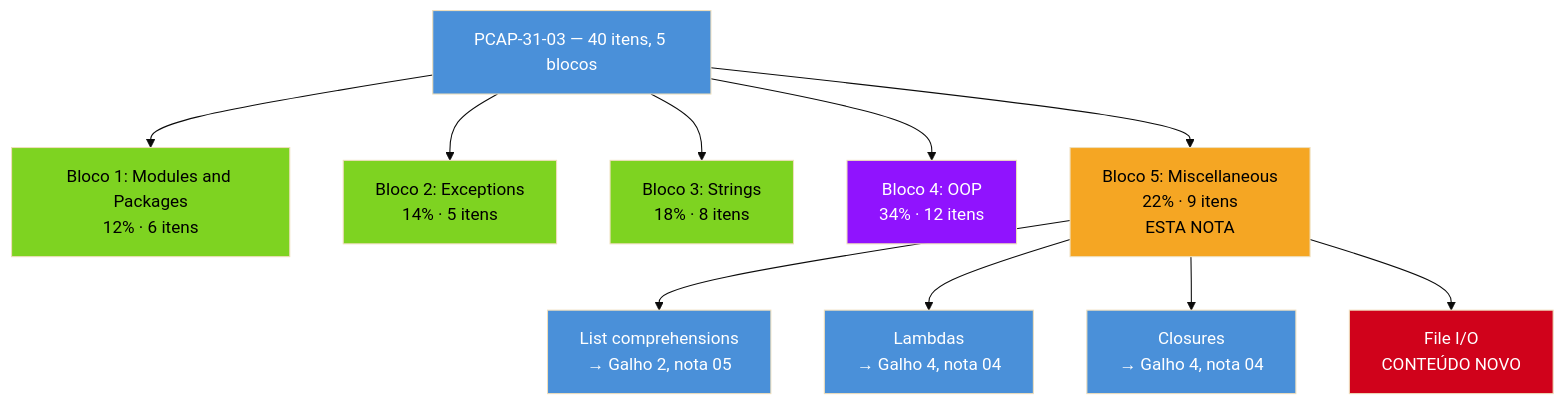
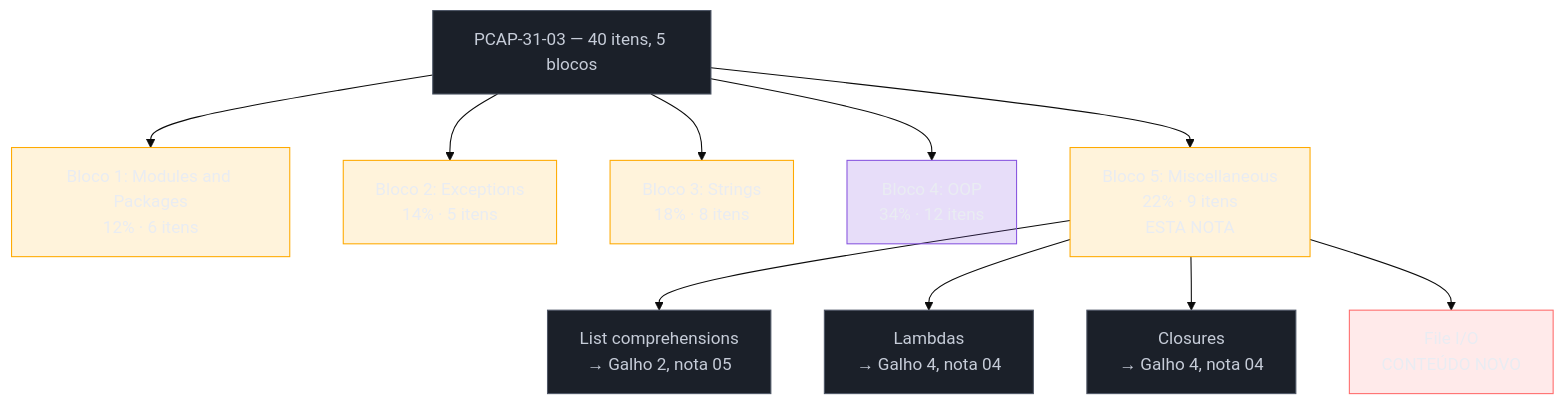
The first of 3 diagrams in 03-Dominios/Tecnologia/Python/Certificação (PCEP-PCAP)/05 - PCAP — miscellaneous, comprehensions, lambdas, closures e arquivos.md (josenaldo/codex-technomanticus), drawn with Mermaid (base theme) before and after one commit. The commit also changed other lines of this file and 1181 other files, not shown here.

First line of the commit message:
fix(diagramas): paleta do sistema no lugar de cor cravada no markdown

````diff
--- a/03-Dominios/Tecnologia/Python/Certificação (PCEP-PCAP)/05 - PCAP — miscellaneous, comprehensions, lambdas, closures e arquivos.md
+++ b/03-Dominios/Tecnologia/Python/Certificação (PCEP-PCAP)/05 - PCAP — miscellaneous, comprehensions, lambdas, closures e arquivos.md
@@ -28,24 +28,28 @@
 ```mermaid
 flowchart TB
+    classDef neutro fill:#1B2029,stroke:#4E5666,color:#C6CCD8
+    classDef destaque fill:#FFAA0024,stroke:#FFAA00,color:#E9ECF2
+    classDef marca fill:#8855DF33,stroke:#8855DF,color:#E9ECF2
+    classDef falha fill:#FF6B6B24,stroke:#FF6B6B,color:#E9ECF2
     PCAP["PCAP-31-03 — 40 itens, 5 blocos"] --> B1["Bloco 1: Modules and Packages<br/>12% · 6 itens"]
     PCAP --> B2["Bloco 2: Exceptions<br/>14% · 5 itens"]
     PCAP --> B3["Bloco 3: Strings<br/>18% · 8 itens"]
     PCAP --> B4["Bloco 4: OOP<br/>34% · 12 itens"]
     PCAP --> B5["Bloco 5: Miscellaneous<br/>22% · 9 itens<br/>ESTA NOTA"]
 
     B5 --> S1["List comprehensions<br/>→ Galho 2, nota 05"]
     B5 --> S2["Lambdas<br/>→ Galho 4, nota 04"]
     B5 --> S3["Closures<br/>→ Galho 4, nota 04"]
     B5 --> S4["File I/O<br/>CONTEÚDO NOVO"]
 
-    style PCAP fill:#4A90D9,color:#fff
-    style B5 fill:#F5A623,color:#000
-    style B1 fill:#7ED321,color:#000
-    style B2 fill:#7ED321,color:#000
-    style B3 fill:#7ED321,color:#000
-    style B4 fill:#9013FE,color:#fff
-    style S1 fill:#4A90D9,color:#fff
-    style S2 fill:#4A90D9,color:#fff
-    style S3 fill:#4A90D9,color:#fff
-    style S4 fill:#D0021B,color:#fff
+    class PCAP neutro
+    class B5 destaque
+    class B1 destaque
+    class B2 destaque
+    class B3 destaque
+    class B4 marca
+    class S1 neutro
+    class S2 neutro
+    class S3 neutro
+    class S4 falha
 ```
````
